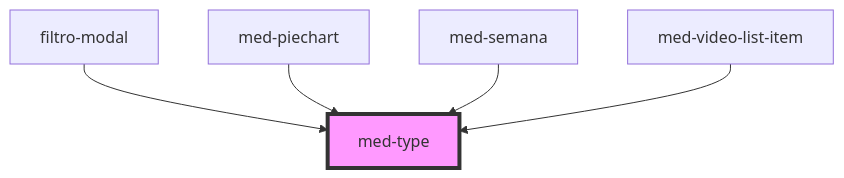
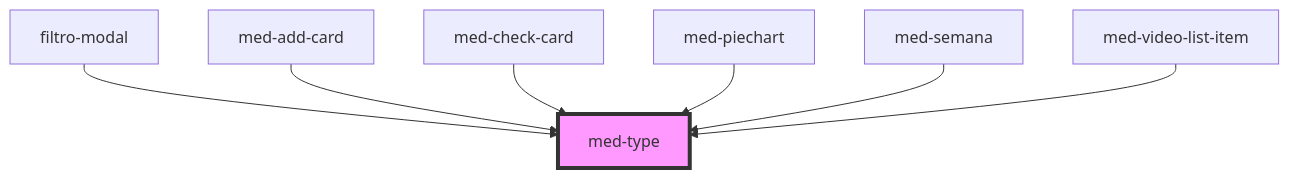
The diagram in core/src/components/@medgrupo/core/med-type/readme.md (MEDGRUPOGIT/ionic-framework-1), drawn with Mermaid before and after one commit. The commit also changed other lines of this file and 17 other files, not shown here.

Commit message:
check-card

````diff
--- a/core/src/components/@medgrupo/core/med-type/readme.md
+++ b/core/src/components/@medgrupo/core/med-type/readme.md
@@ -26,8 +28,10 @@
 ```mermaid
 graph TD;
   filtro-modal --> med-type
+  med-add-card --> med-type
+  med-check-card --> med-type
   med-piechart --> med-type
   med-semana --> med-type
   med-video-list-item --> med-type
   style med-type fill:#f9f,stroke:#333,stroke-width:4px
 ```
````
